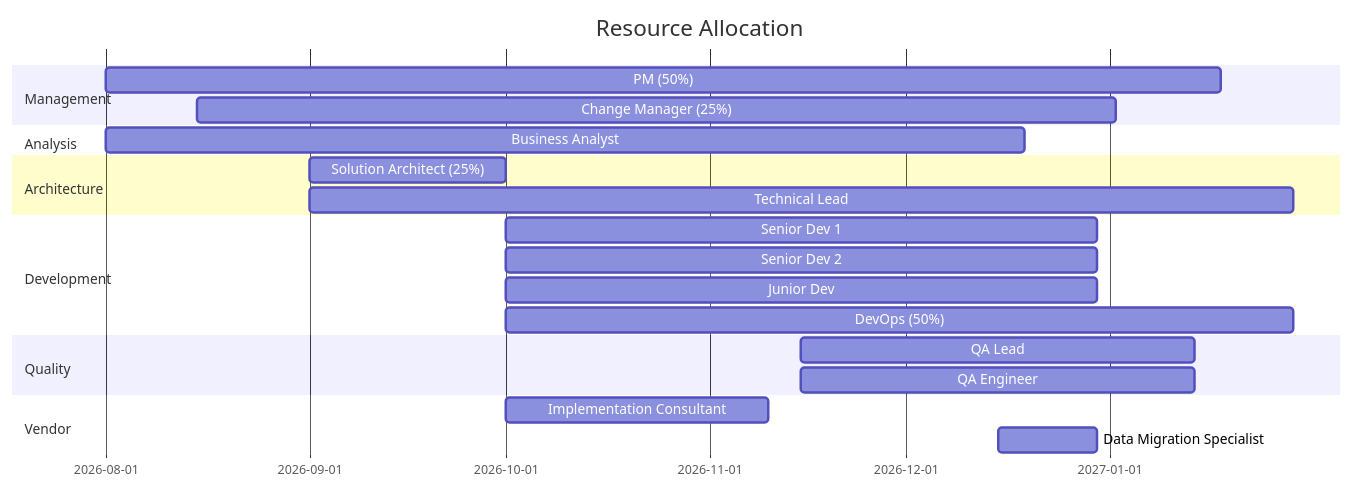
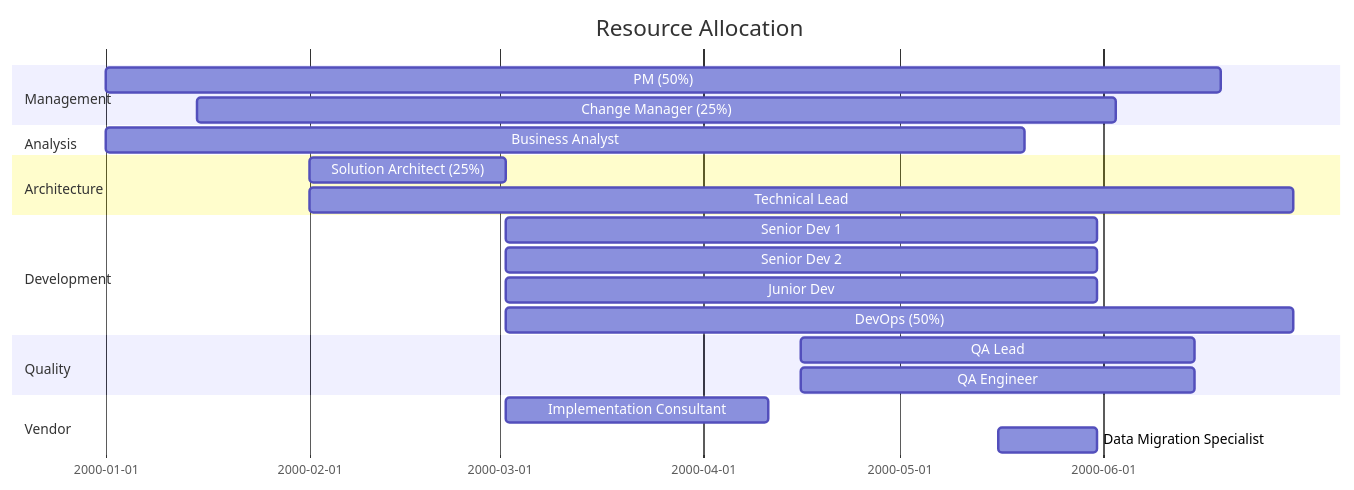
Before and after one commit to oat431/swe-knowledge: the diagram in document-template/05_Project_Management_Planning/Resource-Management-Plan.md, drawn with Mermaid. The commit also changed 56 other files, not shown here.

````diff
--- a/document-template/05_Project_Management_Planning/Resource-Management-Plan.md
+++ b/document-template/05_Project_Management_Planning/Resource-Management-Plan.md
@@ -91,24 +91,25 @@
 ```mermaid
 gantt
     title Resource Allocation
     dateFormat YYYY-MM-DD
+    %% Placeholder schedule: base 2000-01-01 = project start; recompute real dates when instantiating
     section Management
-    PM (50%)                :a1, 2026-08-01, 170d
-    Change Manager (25%)    :a2, 2026-08-15, 140d
+    PM (50%)                :a1, 2000-01-01, 170d
+    Change Manager (25%)    :a2, 2000-01-15, 140d
     section Analysis
-    Business Analyst        :b1, 2026-08-01, 140d
+    Business Analyst        :b1, 2000-01-01, 140d
     section Architecture
-    Solution Architect (25%) :c1, 2026-09-01, 30d
-    Technical Lead          :c2, 2026-09-01, 150d
+    Solution Architect (25%) :c1, 2000-02-01, 30d
+    Technical Lead          :c2, 2000-02-01, 150d
     section Development
-    Senior Dev 1            :d1, 2026-10-01, 90d
-    Senior Dev 2            :d2, 2026-10-01, 90d
-    Junior Dev              :d3, 2026-10-01, 90d
-    DevOps (50%)            :d4, 2026-10-01, 120d
+    Senior Dev 1            :d1, 2000-03-02, 90d
+    Senior Dev 2            :d2, 2000-03-02, 90d
+    Junior Dev              :d3, 2000-03-02, 90d
+    DevOps (50%)            :d4, 2000-03-02, 120d
     section Quality
-    QA Lead                 :e1, 2026-11-15, 60d
-    QA Engineer             :e2, 2026-11-15, 60d
+    QA Lead                 :e1, 2000-04-16, 60d
+    QA Engineer             :e2, 2000-04-16, 60d
     section Vendor
-    Implementation Consultant :f1, 2026-10-01, 40d
-    Data Migration Specialist :f2, 2026-12-15, 15d
+    Implementation Consultant :f1, 2000-03-02, 40d
+    Data Migration Specialist :f2, 2000-05-16, 15d
 ```
````
